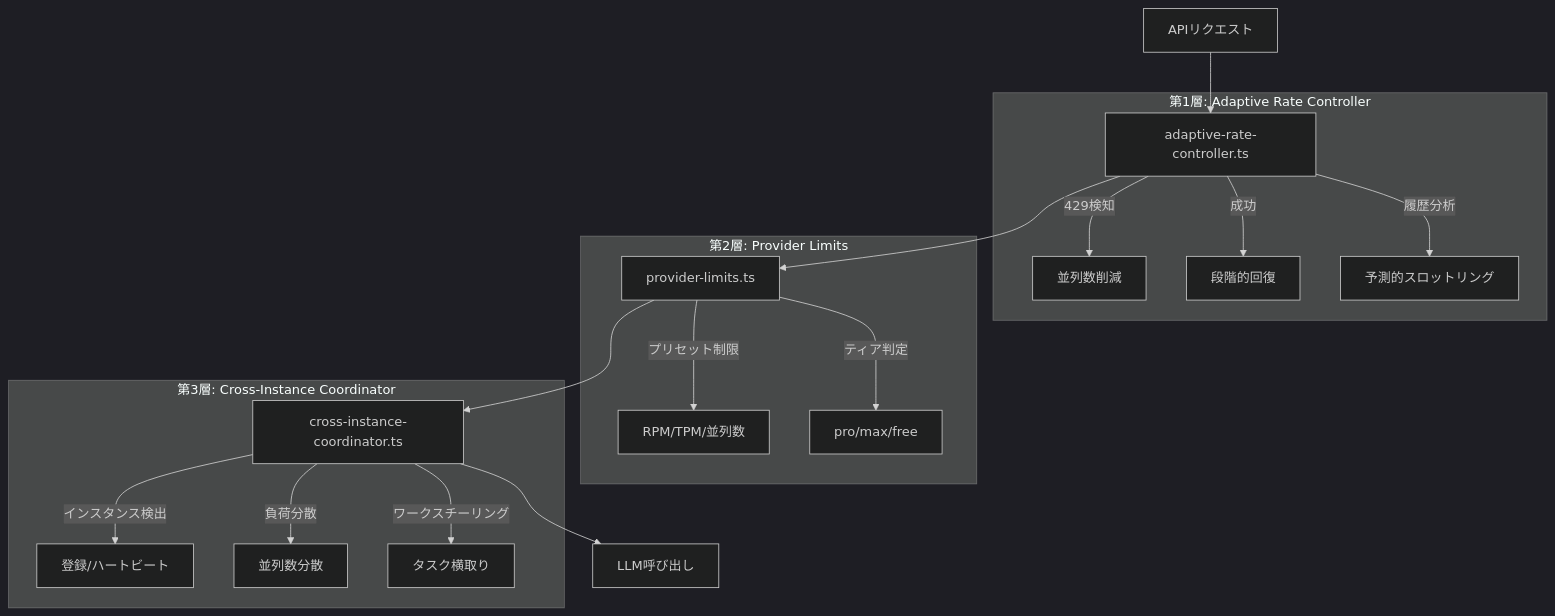
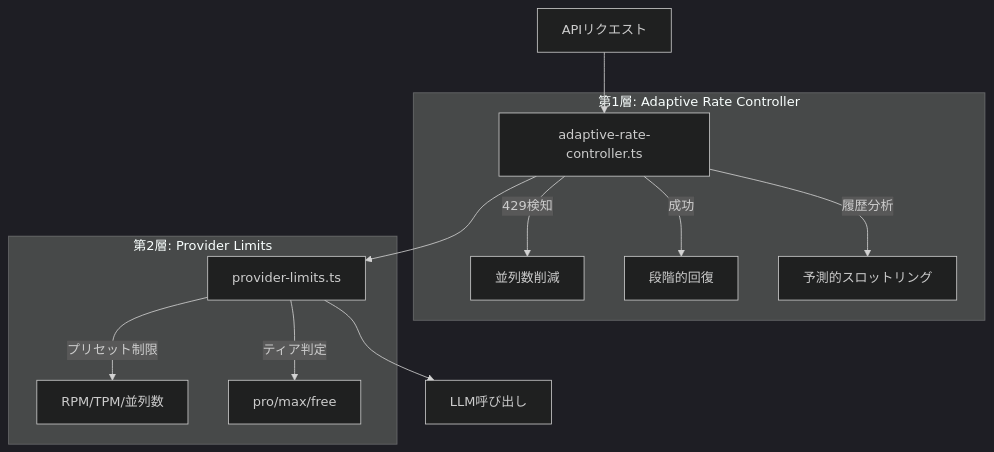
Before and after one commit to Mekann2904/mekann: the first of 2 diagrams in docs/04-reference/02-rate-limit-implementation.md, drawn with Mermaid (dark theme). The commit also changed other lines of this file and 19 other files, not shown here.

````diff
--- a/docs/04-reference/02-rate-limit-implementation.md
+++ b/docs/04-reference/02-rate-limit-implementation.md
@@ -20,27 +20,19 @@
 ```mermaid
 flowchart TB
     subgraph Layer1["第1層: Adaptive Rate Controller"]
         AC[adaptive-rate-controller.ts]
         AC --> |429検知| Reduce[並列数削減]
         AC --> |成功| Recover[段階的回復]
         AC --> |履歴分析| Predict[予測的スロットリング]
     end
 
     subgraph Layer2["第2層: Provider Limits"]
         PL[provider-limits.ts]
         PL --> |プリセット制限| Preset[RPM/TPM/並列数]
         PL --> |ティア判定| Tier[pro/max/free]
     end
 
-    subgraph Layer3["第3層: Cross-Instance Coordinator"]
-        CI[cross-instance-coordinator.ts]
-        CI --> |インスタンス検出| Register[登録/ハートビート]
-        CI --> |負荷分散| Distribute[並列数分散]
-        CI --> |ワークスチーリング| Steal[タスク横取り]
-    end
-
     Request[APIリクエスト] --> AC
     AC --> PL
-    PL --> CI
-    CI --> LLM[LLM呼び出し]
+    PL --> LLM[LLM呼び出し]
 ```
````
